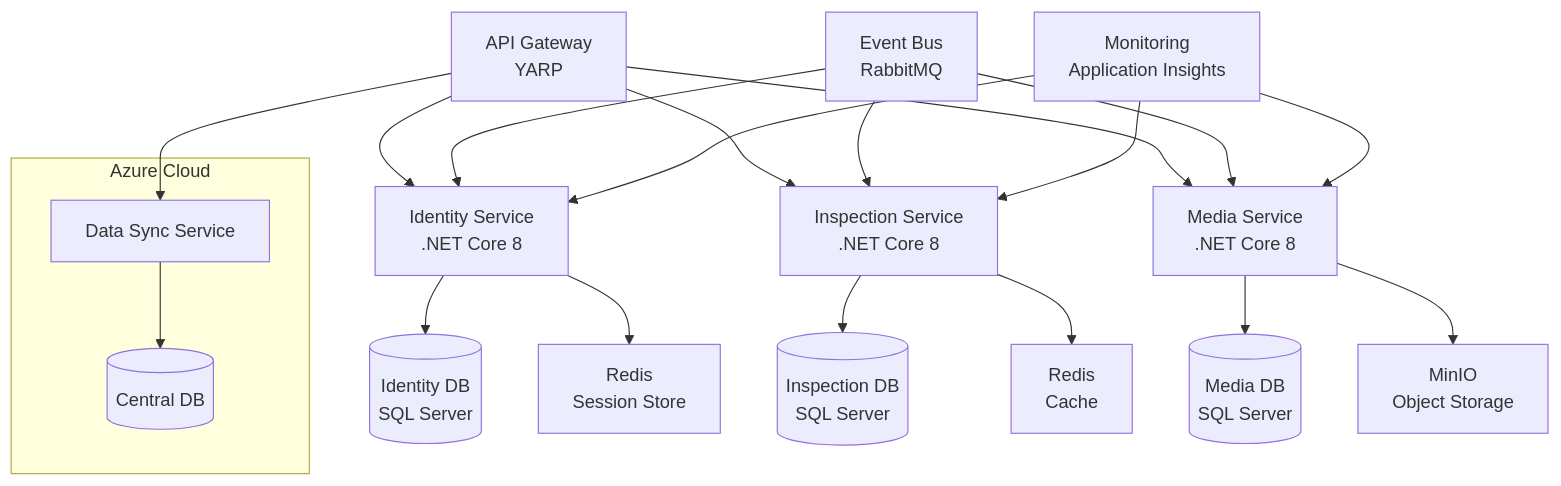
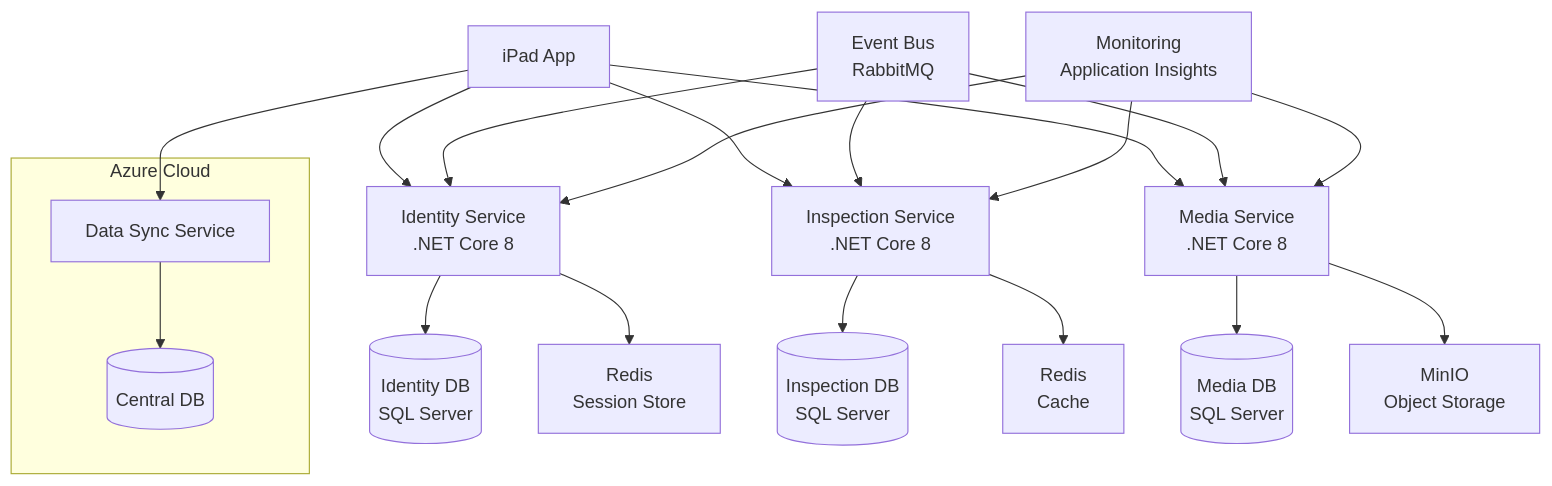
Before and after one commit to sakiman/IP68: the third of 5 diagrams in IP68_Spec.md, drawn with Mermaid. The commit also changed other lines of this file and 1 other file, not shown here.

Commit message:
整體分三大區域。 內網／外網／iPAD iPad 運行在外網中，相關資料如raw data和最終審查結果也只回傳到外網。 內網會去外網取得raw data和最終審查結果，最後在內網去完成相關應用，並回傳處理狀態。 內網會呼叫外網的API，以JSON傳送一些基礎設置必要資料到外網，供iPad自動取得(例如iPad上登入時，直接強制進行更新)。

````diff
--- a/IP68_Spec.md
+++ b/IP68_Spec.md
@@ -638,29 +676,29 @@
 ```mermaid
 graph TD
-    A[API Gateway<br/>YARP] --> B[Identity Service<br/>.NET Core 8]
-    A --> C[Inspection Service<br/>.NET Core 8]
-    A --> D[Media Service<br/>.NET Core 8]
+    iPad[iPad App] --> B[Identity Service<br/>.NET Core 8]
+    iPad --> C[Inspection Service<br/>.NET Core 8]
+    iPad --> D[Media Service<br/>.NET Core 8]
     
     B --> F[(Identity DB<br/>SQL Server)]
     B --> G[Redis<br/>Session Store]
     
     C --> H[(Inspection DB<br/>SQL Server)]
     C --> I[Redis<br/>Cache]
     
     D --> J[(Media DB<br/>SQL Server)]
     D --> K[MinIO<br/>Object Storage]
     
     subgraph Azure Cloud
     Z[Data Sync Service] --> Y[(Central DB)]
     end
     
-    A --> Z
+    iPad --> Z
     
     N[Event Bus<br/>RabbitMQ] --> B
     N --> C
     N --> D
     
     O[Monitoring<br/>Application Insights] --> B
     O --> C
     O --> D
 ```
````
